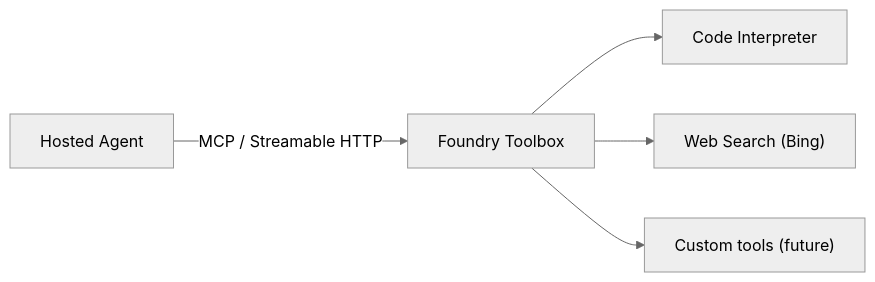
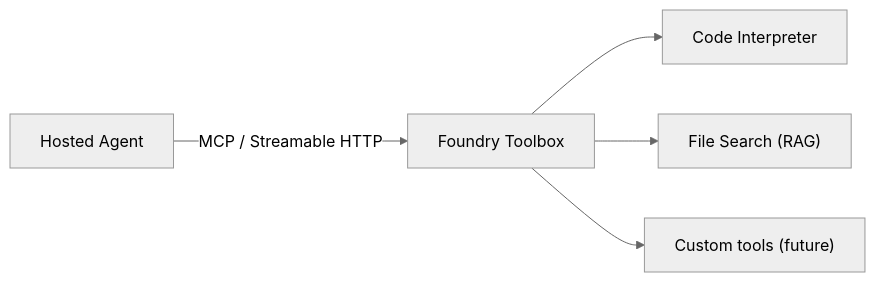
One commit to beyondelastic/foundry-advanced-workshop changed the diagram in docs/04-foundry-toolbox.md. Above: the diagram before and after it, drawn with Mermaid (neutral theme). The commit also changed other lines of this file and 3 other files, not shown here.

Commit message:
Update Foundry Toolbox documentation and code to include File Search capabilities and improve authentication handling

````diff
--- a/docs/04-foundry-toolbox.md
+++ b/docs/04-foundry-toolbox.md
@@ -21,7 +21,7 @@
 ```mermaid
 flowchart LR
     Agent["Hosted Agent"] -->|MCP / Streamable HTTP| Toolbox["Foundry Toolbox"]
     Toolbox --> CI["Code Interpreter"]
-    Toolbox --> WS["Web Search (Bing)"]
+    Toolbox --> FS["File Search (RAG)"]
     Toolbox --> Custom["Custom tools (future)"]
 ```
````
